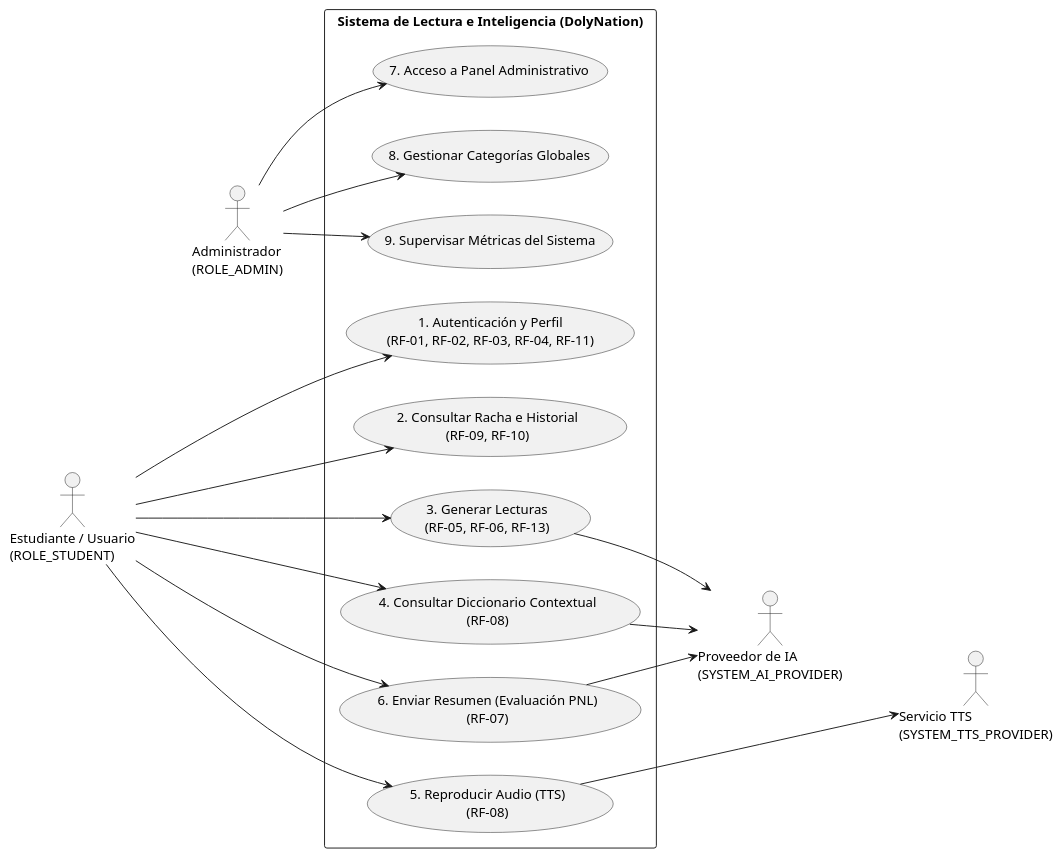
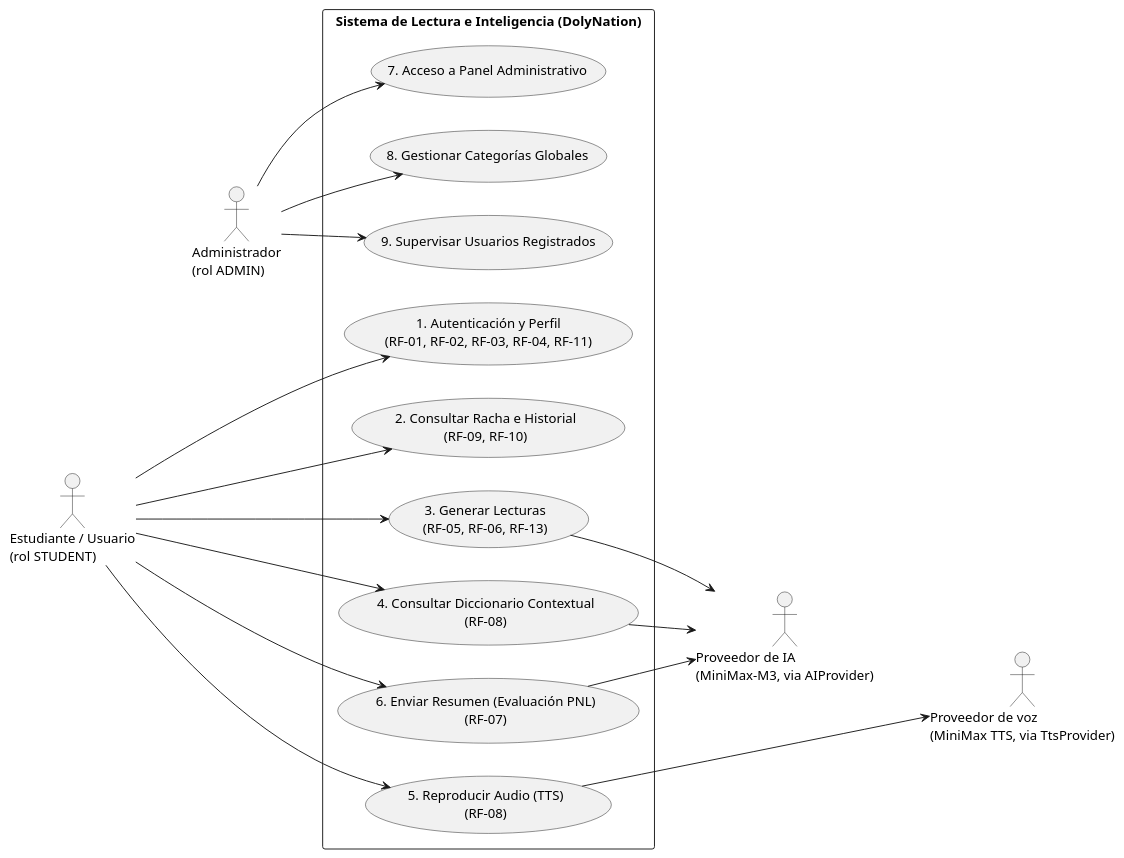
The diagram in diagrams/diagrama-de-actores.md (DolyLanguagesORG/dolynation-ehecatl-docs), drawn with PlantUML before and after one commit. The commit also changed 24 other files, not shown here.

Commit message:
docs(repo): sanear el anteproyecto, los diagramas, el contrato y el cronograma

```diff
--- a/diagrams/diagrama-de-actores.md
+++ b/diagrams/diagrama-de-actores.md
@@ -1,57 +1,60 @@
 @startuml
+' Estado del modelo: los roles STUDENT/ADMIN y las categorias globales estan
+' planificados (infra#22, back#17). El adaptador AIProvider ya existe
+' (back#19) y el de TTS se implementa en el Sprint 2 (back#43).
 left to right direction
 skinparam packageStyle rectangle
 skinparam shadowing false
 skinparam actorStyle stickman
 
 ' --- COLUMNA IZQUIERDA: ACTORES HUMANOS ---
-actor "Estudiante / Usuario\n(ROLE_STUDENT)" as Student
-actor "Administrador\n(ROLE_ADMIN)" as Admin
+actor "Estudiante / Usuario\n(rol STUDENT)" as Student
+actor "Administrador\n(rol ADMIN)" as Admin
 
 ' Forzar apilamiento en la columna izquierda
 Student -[hidden]down-> Admin
 
 ' --- COLUMNA CENTRAL: SISTEMA Y CASOS DE USO (CUBRE RF-01 A RF-13) ---
 rectangle "Sistema de Lectura e Inteligencia (DolyNation)" {
   
   ' Casos de Uso Estudiante
   usecase "1. Autenticación y Perfil\n(RF-01, RF-02, RF-03, RF-04, RF-11)" as UC_Auth
   usecase "2. Consultar Racha e Historial\n(RF-09, RF-10)" as UC_Hist
   usecase "3. Generar Lecturas\n(RF-05, RF-06, RF-13)" as UC_Gen
   usecase "4. Consultar Diccionario Contextual\n(RF-08)" as UC_Dict
   usecase "5. Reproducir Audio (TTS)\n(RF-08)" as UC_Audio
   usecase "6. Enviar Resumen (Evaluación PNL)\n(RF-07)" as UC_Eval
 
   ' Casos de Uso Admin
   usecase "7. Acceso a Panel Administrativo" as UC_Admin
   usecase "8. Gestionar Categorías Globales" as UC_Cat
-  usecase "9. Supervisar Métricas del Sistema" as UC_Metrics
+  usecase "9. Supervisar Usuarios Registrados" as UC_Metrics
 }
 
 ' --- COLUMNA DERECHA: SERVICIOS EXTERNOS ---
-actor "Proveedor de IA\n(SYSTEM_AI_PROVIDER)" as AI
-actor "Servicio TTS\n(SYSTEM_TTS_PROVIDER)" as TTS
+actor "Proveedor de IA\n(MiniMax-M3, via AIProvider)" as AI
+actor "Proveedor de voz\n(MiniMax TTS, via TtsProvider)" as TTS
 
 ' Forzar apilamiento en la columna derecha
 AI -[hidden]down-> TTS
 
 ' --- RELACIONES: ESTUDIANTE -> CASOS DE USO ---
 Student --> UC_Auth
 Student --> UC_Hist
 Student --> UC_Gen
 Student --> UC_Dict
 Student --> UC_Audio
 Student --> UC_Eval
 
 ' --- RELACIONES: ADMINISTRADOR -> CASOS DE USO ---
 Admin --> UC_Admin
 Admin --> UC_Cat
 Admin --> UC_Metrics
 
 ' --- RELACIONES: CASOS DE USO -> SERVICIOS EXTERNOS ---
 UC_Gen --> AI
 UC_Dict --> AI
 UC_Eval --> AI
 UC_Audio --> TTS
 
 @enduml
```
